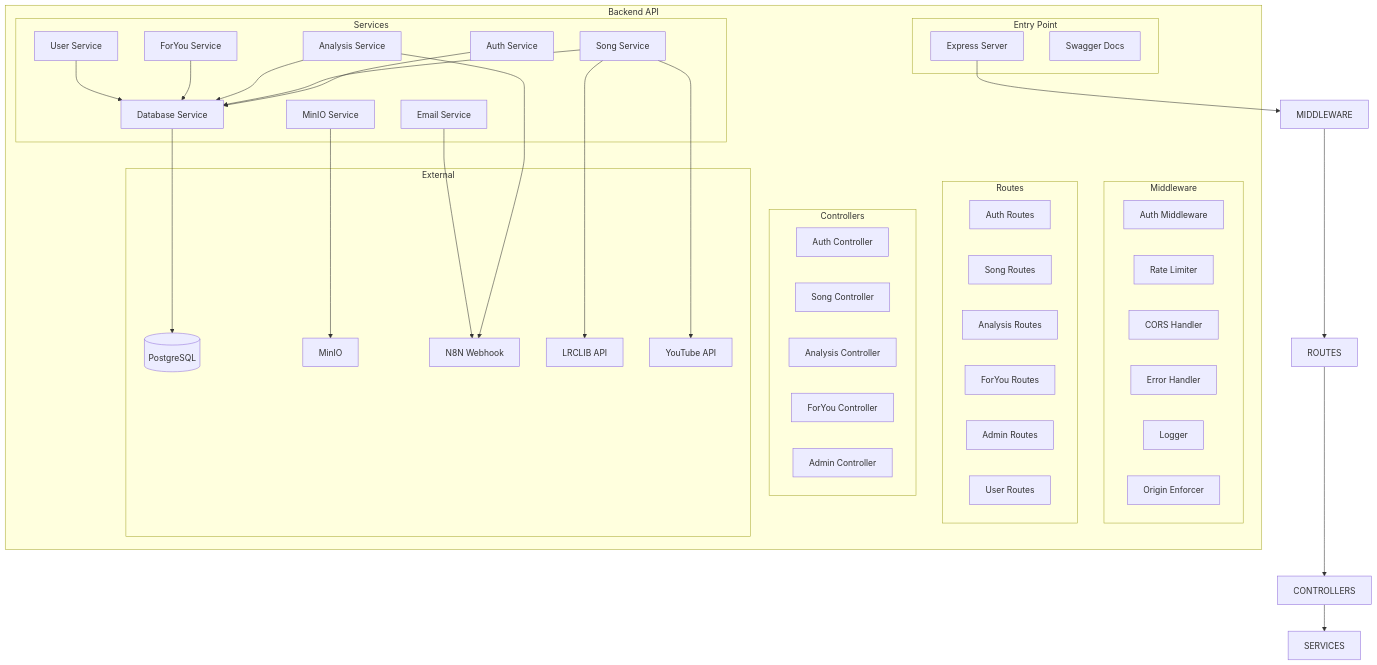
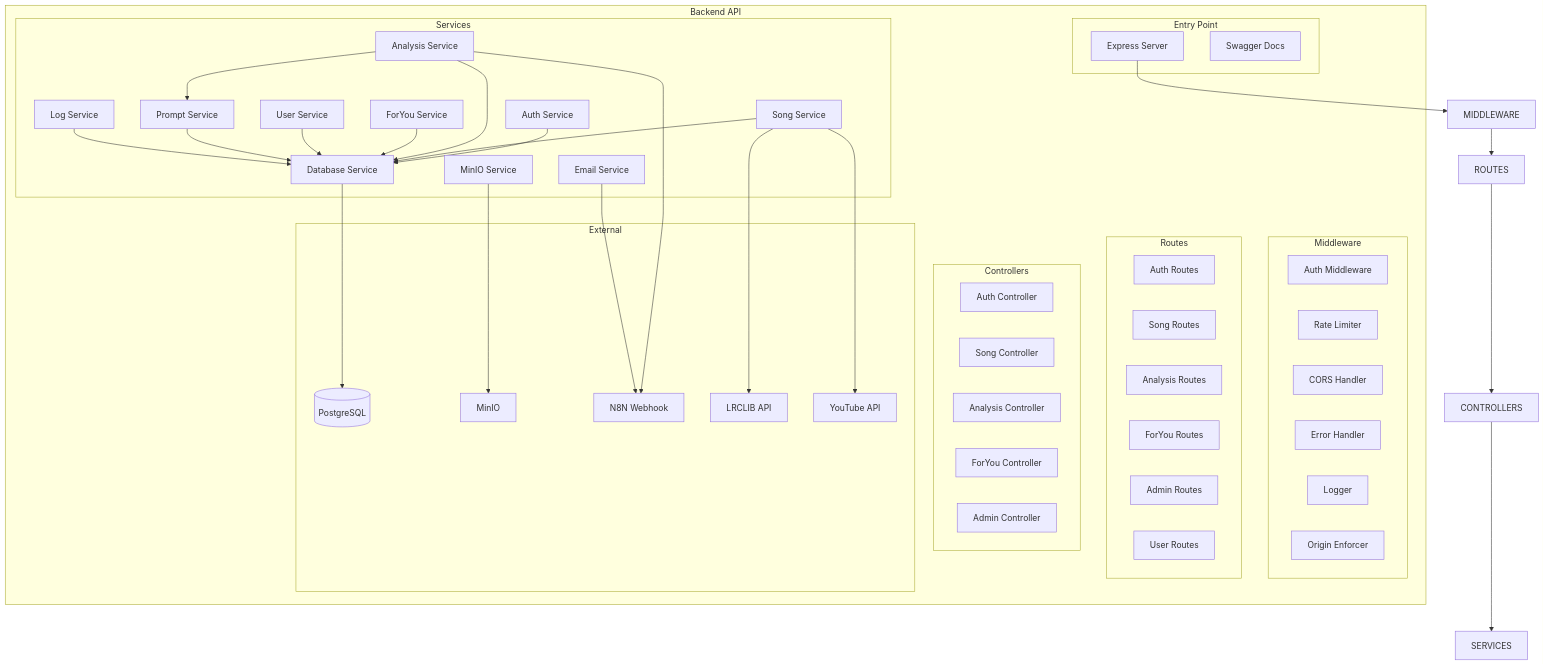
Before and after one commit to tikpoptv/MUSE-MUSIC: the fourth of 10 diagrams in diagrams/architecture-design.md, drawn with Mermaid. The commit also changed other lines of this file and 6 other files, not shown here.

First line of the commit message:
Update system diagrams for Prompts and SystemLogs

````diff
--- a/diagrams/architecture-design.md
+++ b/diagrams/architecture-design.md
@@ -132,72 +132,77 @@
 ```mermaid
 graph TB
     subgraph "Backend API"
         subgraph "Entry Point"
             EXPRESS[Express Server]
             SWAGGER[Swagger Docs]
         end
         
         subgraph "Middleware"
             AUTH[Auth Middleware]
             RATELIMIT[Rate Limiter]
             CORS[CORS Handler]
             ERROR[Error Handler]
             LOGGER[Logger]
             ENFORCE[Origin Enforcer]
         end
         
         subgraph "Routes"
             AUTHROUTE[Auth Routes]
             SONGROUTE[Song Routes]
             ANALYSISROUTE[Analysis Routes]
             FORYOUROUTE[ForYou Routes]
             ADMINROUTE[Admin Routes]
             USERROUTE[User Routes]
         end
         
         subgraph "Controllers"
             AUTHCTRL[Auth Controller]
             SONGCTRL[Song Controller]
             ANALYSISCTRL[Analysis Controller]
             FORYOUCTRL[ForYou Controller]
             ADMINCTRL[Admin Controller]
         end
         
         subgraph "Services"
             AUTHSVC[Auth Service]
             SONGSVC[Song Service]
             ANALYSISSVC[Analysis Service]
             FORYOUSVC[ForYou Service]
             USERSVC[User Service]
             DBSVC[Database Service]
             EMAILSVC[Email Service]
             MINIOSVC[MinIO Service]
+            PROMPTSVC[Prompt Service]
+            LOGSVC[Log Service]
         end
         
         subgraph "External"
             DB[(PostgreSQL)]
             MINIO[MinIO]
             N8N[N8N Webhook]
             LRCLIB[LRCLIB API]
             YOUTUBE[YouTube API]
         end
     end
     
     EXPRESS --> MIDDLEWARE
     MIDDLEWARE --> ROUTES
     ROUTES --> CONTROLLERS
     CONTROLLERS --> SERVICES
     
     AUTHSVC --> DBSVC
     SONGSVC --> DBSVC
     ANALYSISSVC --> DBSVC
     ANALYSISSVC --> N8N
+    ANALYSISSVC --> PROMPTSVC
     FORYOUSVC --> DBSVC
     USERSVC --> DBSVC
     EMAILSVC --> N8N
+    PROMPTSVC --> DBSVC
+    LOGSVC --> DBSVC
     
     DBSVC --> DB
     MINIOSVC --> MINIO
     SONGSVC --> LRCLIB
     SONGSVC --> YOUTUBE
 ```
````
